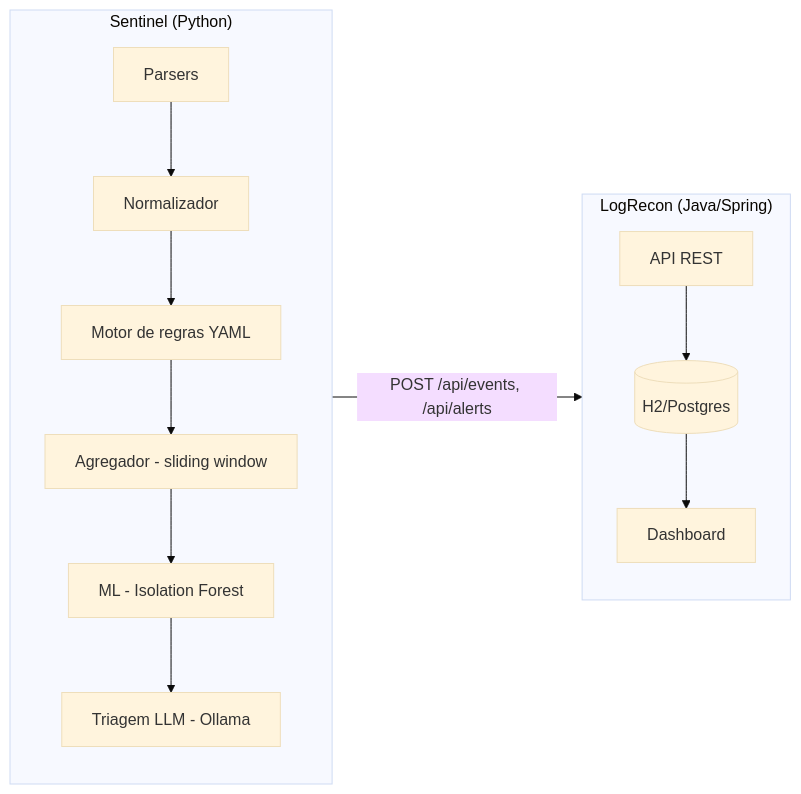
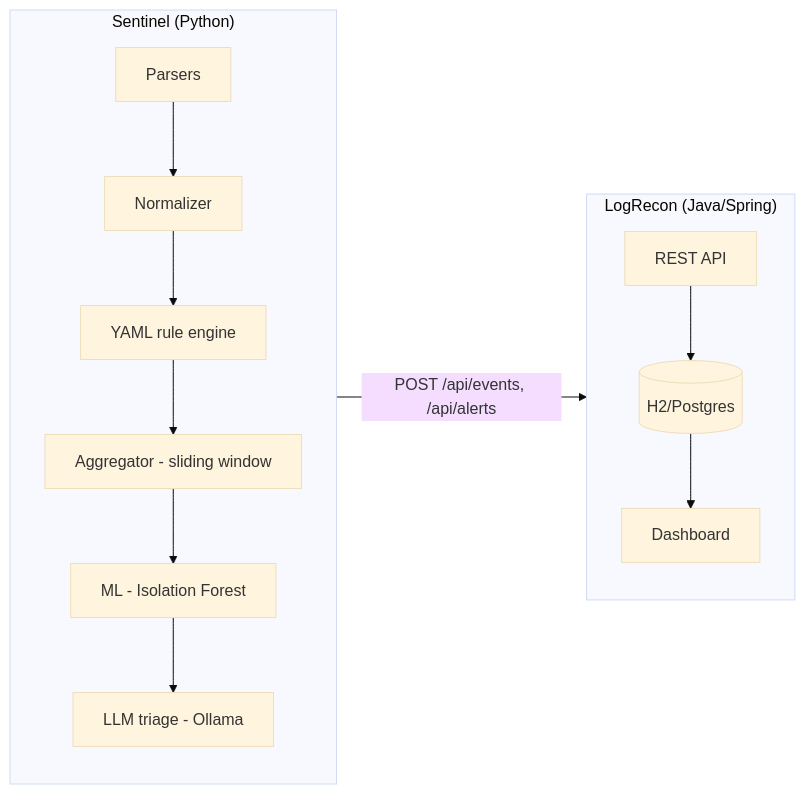
One commit to calebe-sec/mini-siem changed the diagram in README.md. Above: the diagram before and after it, drawn with Mermaid (base theme). The commit also changed other lines of this file, not shown here.

````diff
--- a/README.md
+++ b/README.md
@@ -10,19 +10,19 @@
 ```mermaid
 flowchart LR
     subgraph PY["Sentinel (Python)"]
         direction TB
-        P1[Parsers] --> P2[Normalizador]
-        P2 --> P3[Motor de regras YAML]
-        P3 --> P4[Agregador - sliding window]
+        P1[Parsers] --> P2[Normalizer]
+        P2 --> P3[YAML rule engine]
+        P3 --> P4[Aggregator - sliding window]
         P4 --> P5[ML - Isolation Forest]
-        P5 --> P6[Triagem LLM - Ollama]
+        P5 --> P6[LLM triage - Ollama]
     end
 
     subgraph JV["LogRecon (Java/Spring)"]
         direction TB
-        J1[API REST] --> J2[(H2/Postgres)]
+        J1[REST API] --> J2[(H2/Postgres)]
         J2 --> J3[Dashboard]
     end
 
     P6 -->|"POST /api/events, /api/alerts"| J1
 ```
````
